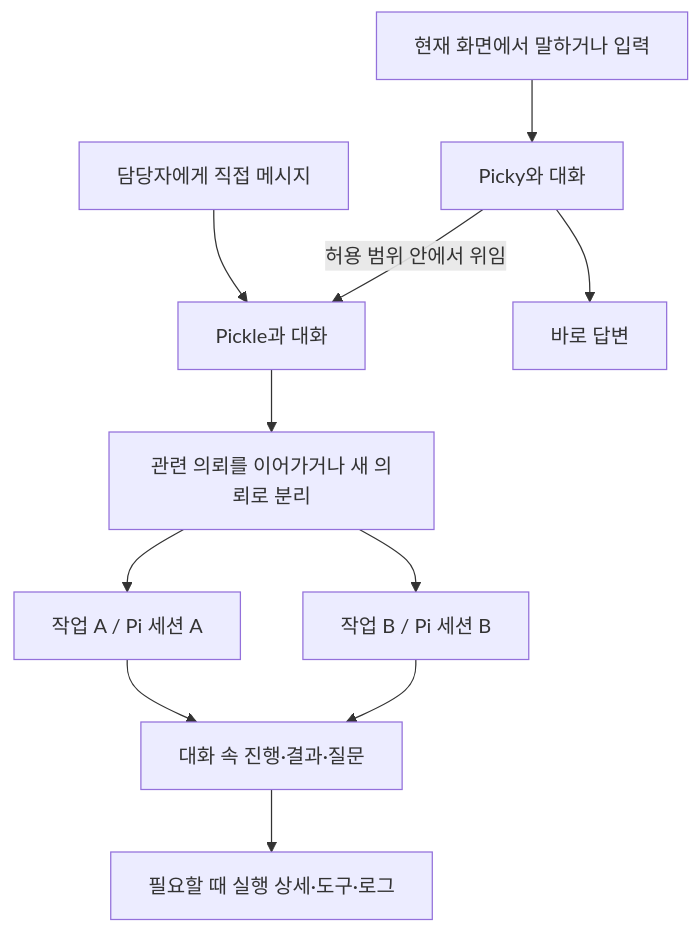
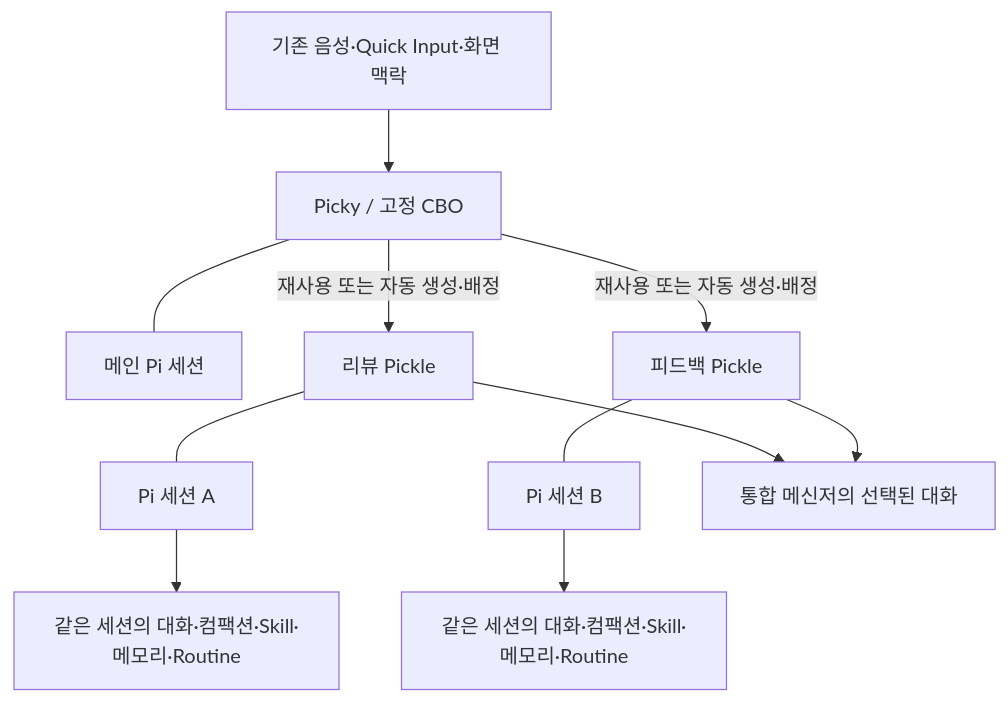
Before and after one commit to Jonghakseo/picky: the diagram in docs/picky-pickle-bot-mvp-prd.md, drawn with Mermaid. The commit also changed other lines of this file, not shown here.

Commit message:
docs: align bot mvp with one Pi session per Pickle

````diff
--- a/docs/picky-pickle-bot-mvp-prd.md
+++ b/docs/picky-pickle-bot-mvp-prd.md
@@ -75,13 +90,13 @@
 ```mermaid
 flowchart TD
-    Input[현재 화면에서 말하거나 입력] --> Picky[Picky와 대화]
-    Direct[담당자에게 직접 메시지] --> Pickle[Pickle과 대화]
-    Picky --> Quick[바로 답변]
-    Picky -->|허용 범위 안에서 위임| Pickle
-    Pickle --> Resolve[관련 의뢰를 이어가거나 새 의뢰로 분리]
-    Resolve --> WorkA[작업 A / Pi 세션 A]
-    Resolve --> WorkB[작업 B / Pi 세션 B]
-    WorkA --> Timeline[대화 속 진행·결과·질문]
-    WorkB --> Timeline
-    Timeline --> Detail[필요할 때 실행 상세·도구·로그]
+    Input[기존 음성·Quick Input·화면 맥락] --> Main[Picky / 고정 CBO]
+    Main --- MainPi[메인 Pi 세션]
+    Main -->|재사용 또는 자동 생성·배정| BotA[리뷰 Pickle]
+    Main -->|재사용 또는 자동 생성·배정| BotB[피드백 Pickle]
+    BotA --- PiA[Pi 세션 A]
+    BotB --- PiB[Pi 세션 B]
+    PiA --> LifeA[같은 세션의 대화·컴팩션·Skill·메모리·Routine]
+    PiB --> LifeB[같은 세션의 대화·컴팩션·Skill·메모리·Routine]
+    BotA --> UI[통합 메신저의 선택된 대화]
+    BotB --> UI
 ```
````
